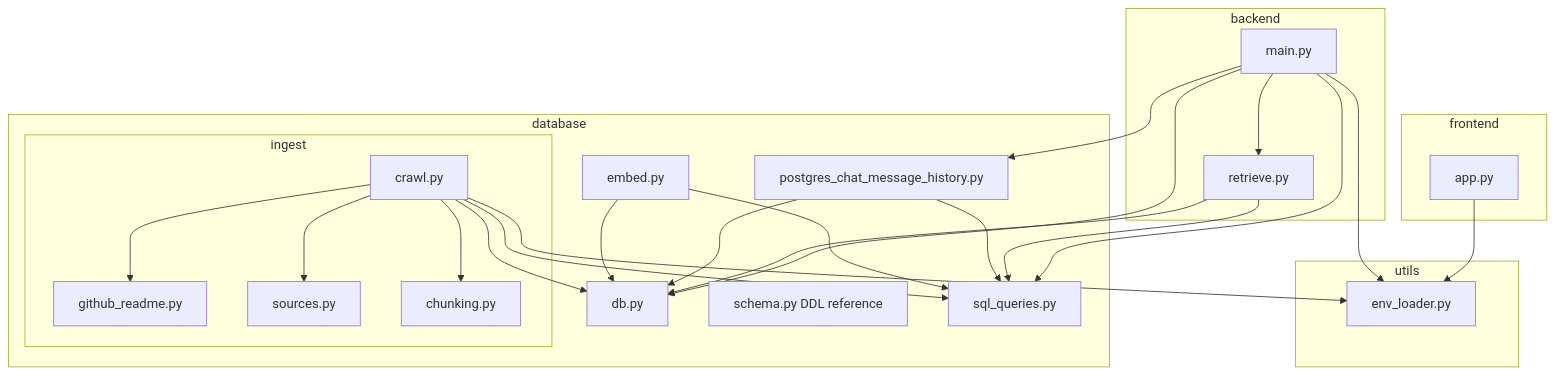
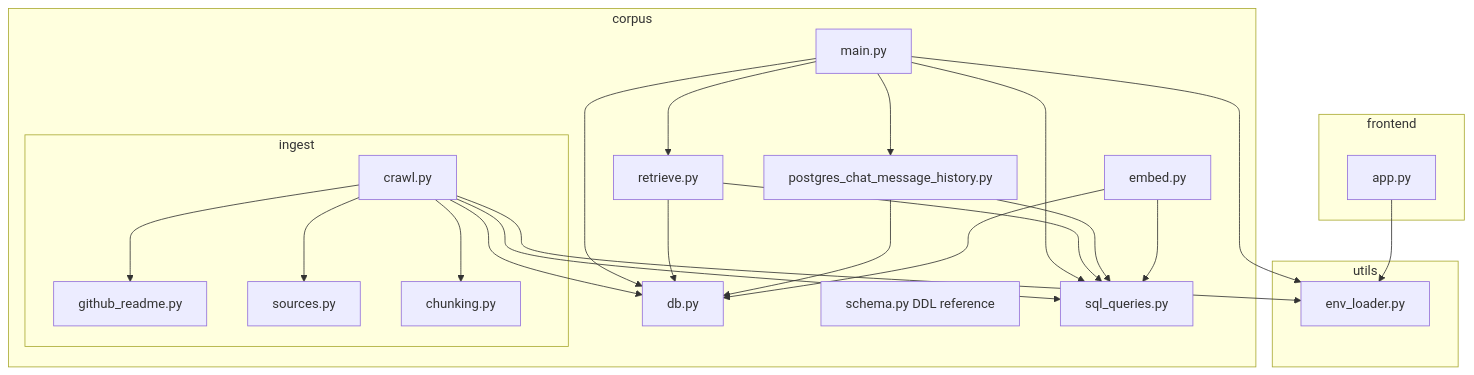
One commit to mattburnett-repo/chat-mvp changed the second of 3 diagrams in docs/architecture-overview.md. Above: the diagram before and after it, drawn with Mermaid. The commit also changed other lines of this file and 22 other files, not shown here.

````diff
--- a/docs/architecture-overview.md
+++ b/docs/architecture-overview.md
@@ -30,44 +30,44 @@
 ```mermaid
 flowchart TB
   subgraph frontend
     APP[app.py]
   end
-  subgraph backend
+  subgraph corpus
     MAIN[main.py]
     RET[retrieve.py]
   end
-  subgraph database
+  subgraph corpus
     DB[db.py]
     SCH[schema.py DDL reference]
     SQL[sql_queries.py]
     PCH[postgres_chat_message_history.py]
     subgraph ingest
       CRAWL[crawl.py]
       GH[github_readme.py]
       SRC[sources.py]
       CHK[chunking.py]
     end
     EMBED[embed.py]
   end
   subgraph utils
     ENV[env_loader.py]
   end
   APP --> ENV
   MAIN --> ENV
   MAIN --> DB
   MAIN --> SQL
   MAIN --> PCH
   MAIN --> RET
   RET --> DB
   RET --> SQL
   PCH --> DB
   PCH --> SQL
   CRAWL --> ENV
   CRAWL --> DB
   CRAWL --> SQL
   CRAWL --> GH
   CRAWL --> SRC
   CRAWL --> CHK
   EMBED --> DB
   EMBED --> SQL
 ```
````
